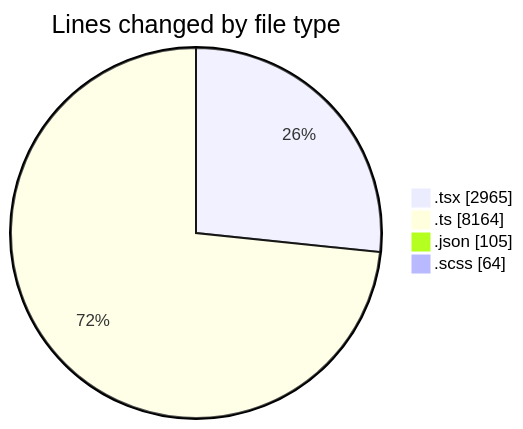
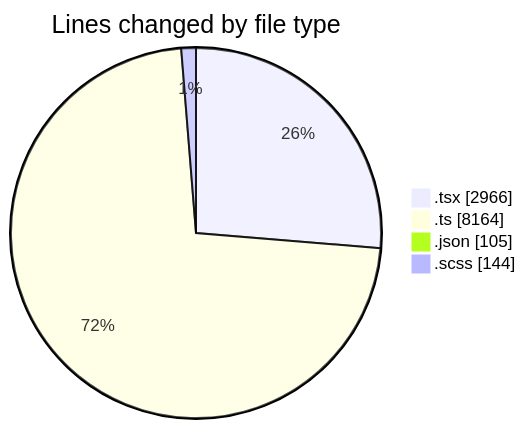
Before and after one commit to momahboobian/code-tracking: the first of 2 diagrams in 2025-07-09/cda/README.md, drawn with Mermaid. The commit also changed other lines of this file and 1 other file, not shown here.

````diff
--- a/2025-07-09/cda/README.md
+++ b/2025-07-09/cda/README.md
@@ -34,8 +35,8 @@
 ```mermaid
 pie showData
 title Lines changed by file type
-".tsx" : 2965
+".tsx" : 2966
 ".ts" : 8164
 ".json" : 105
-".scss" : 64
+".scss" : 144
 ```
````
